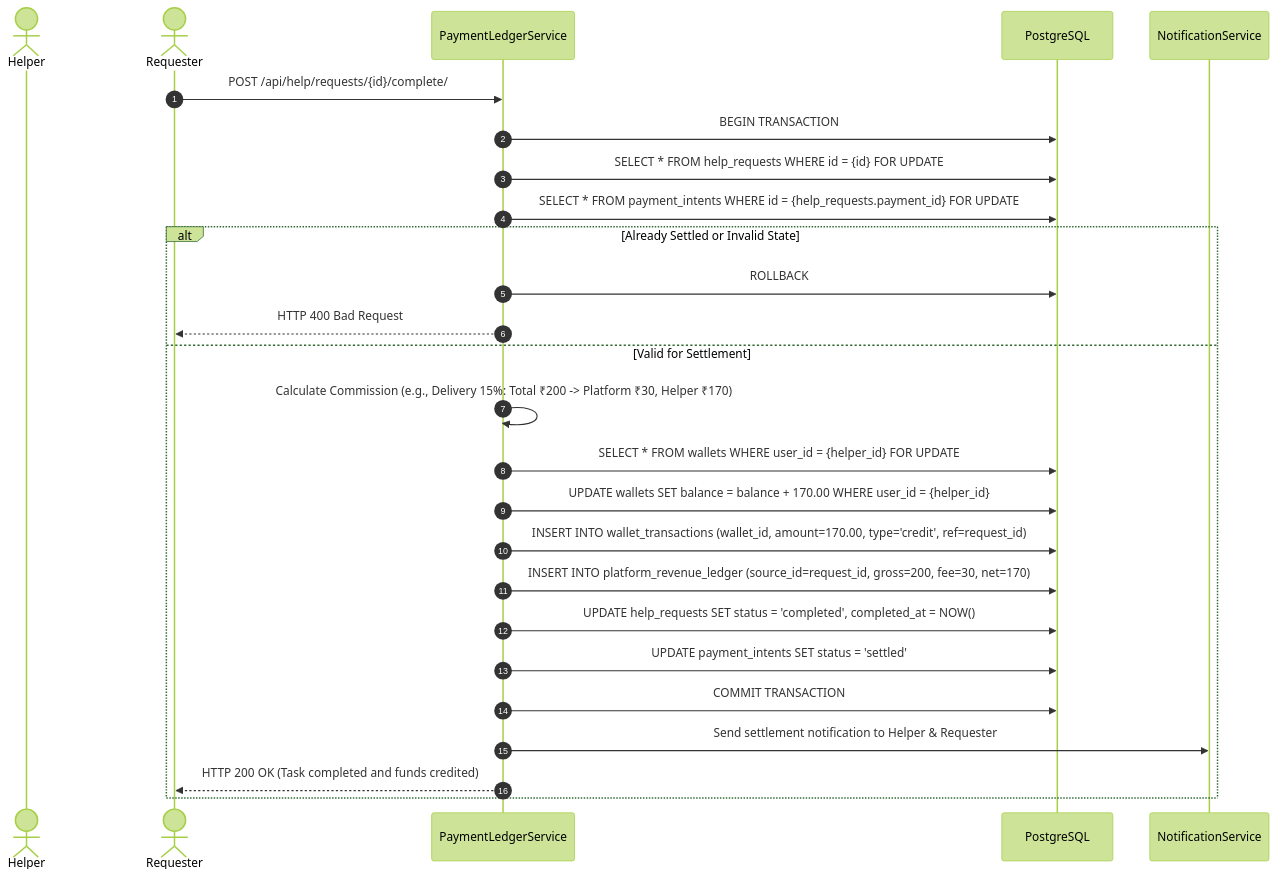
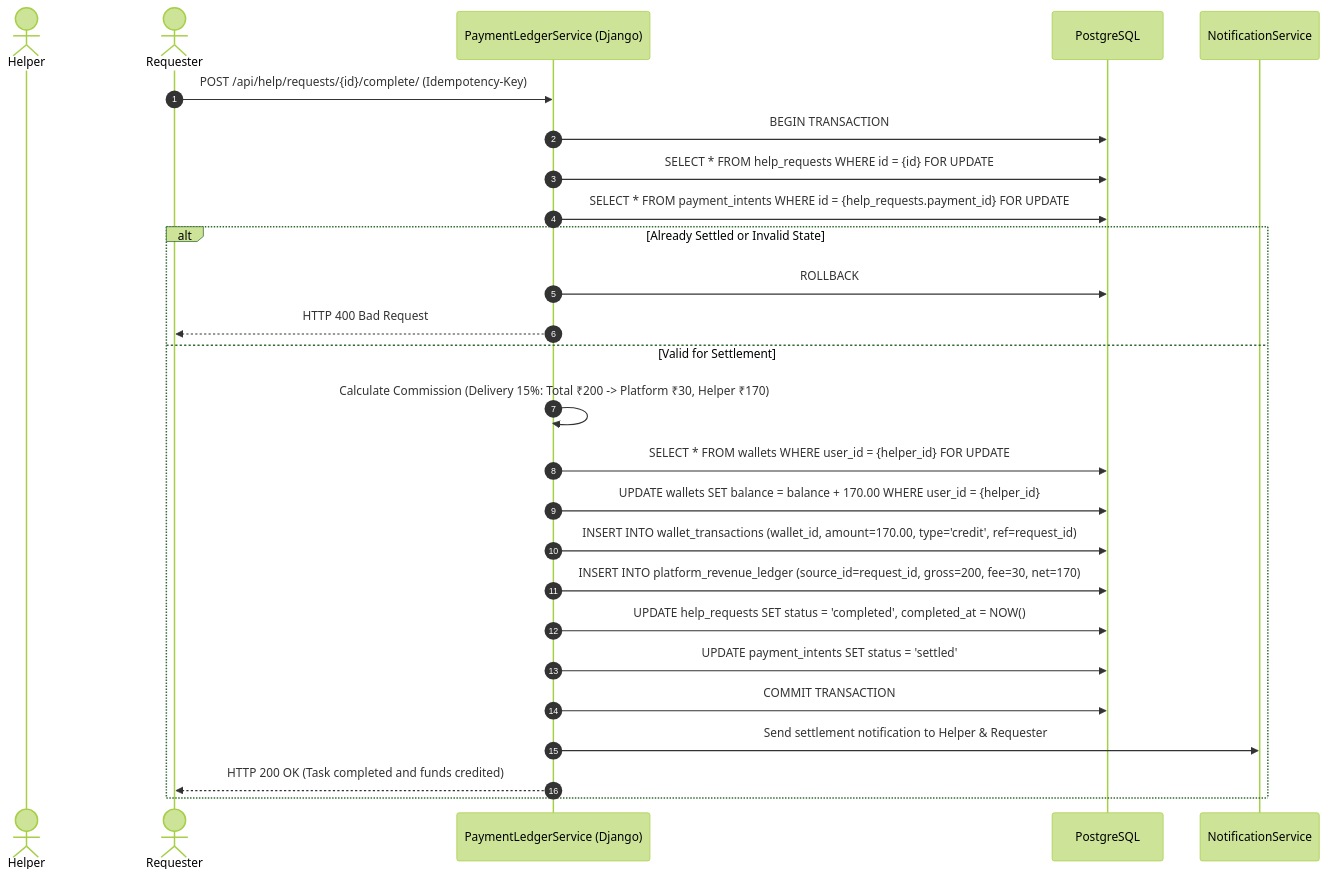
The sixth of 9 diagrams in docs/system-design.md (gctrupti/hoodi), drawn with Mermaid (forest theme) before and after one commit. The commit also changed other lines of this file and 6 other files, not shown here.

Commit message:
docs(architecture): update system design blueprint, ADRs, and database migration audit scripts

````diff
--- a/docs/system-design.md
+++ b/docs/system-design.md
@@ -363,29 +365,29 @@
 ```mermaid
 sequenceDiagram
     autonumber
     actor Helper as Helper
     actor Requester as Requester
-    participant API as PaymentLedgerService
+    participant API as PaymentLedgerService (Django)
     participant DB as PostgreSQL
     participant Notif as NotificationService
 
-    Requester->>API: POST /api/help/requests/{id}/complete/
+    Requester->>API: POST /api/help/requests/{id}/complete/ (Idempotency-Key)
     API->>DB: BEGIN TRANSACTION
     API->>DB: SELECT * FROM help_requests WHERE id = {id} FOR UPDATE
     API->>DB: SELECT * FROM payment_intents WHERE id = {help_requests.payment_id} FOR UPDATE
     alt Already Settled or Invalid State
         API->>DB: ROLLBACK
         API-->>Requester: HTTP 400 Bad Request
     else Valid for Settlement
-        API->>API: Calculate Commission (e.g., Delivery 15%: Total ₹200 -> Platform ₹30, Helper ₹170)
+        API->>API: Calculate Commission (Delivery 15%: Total ₹200 -> Platform ₹30, Helper ₹170)
         API->>DB: SELECT * FROM wallets WHERE user_id = {helper_id} FOR UPDATE
         API->>DB: UPDATE wallets SET balance = balance + 170.00 WHERE user_id = {helper_id}
         API->>DB: INSERT INTO wallet_transactions (wallet_id, amount=170.00, type='credit', ref=request_id)
         API->>DB: INSERT INTO platform_revenue_ledger (source_id=request_id, gross=200, fee=30, net=170)
         API->>DB: UPDATE help_requests SET status = 'completed', completed_at = NOW()
         API->>DB: UPDATE payment_intents SET status = 'settled'
         API->>DB: COMMIT TRANSACTION
         API->>Notif: Send settlement notification to Helper & Requester
         API-->>Requester: HTTP 200 OK (Task completed and funds credited)
     end
 ```
````
